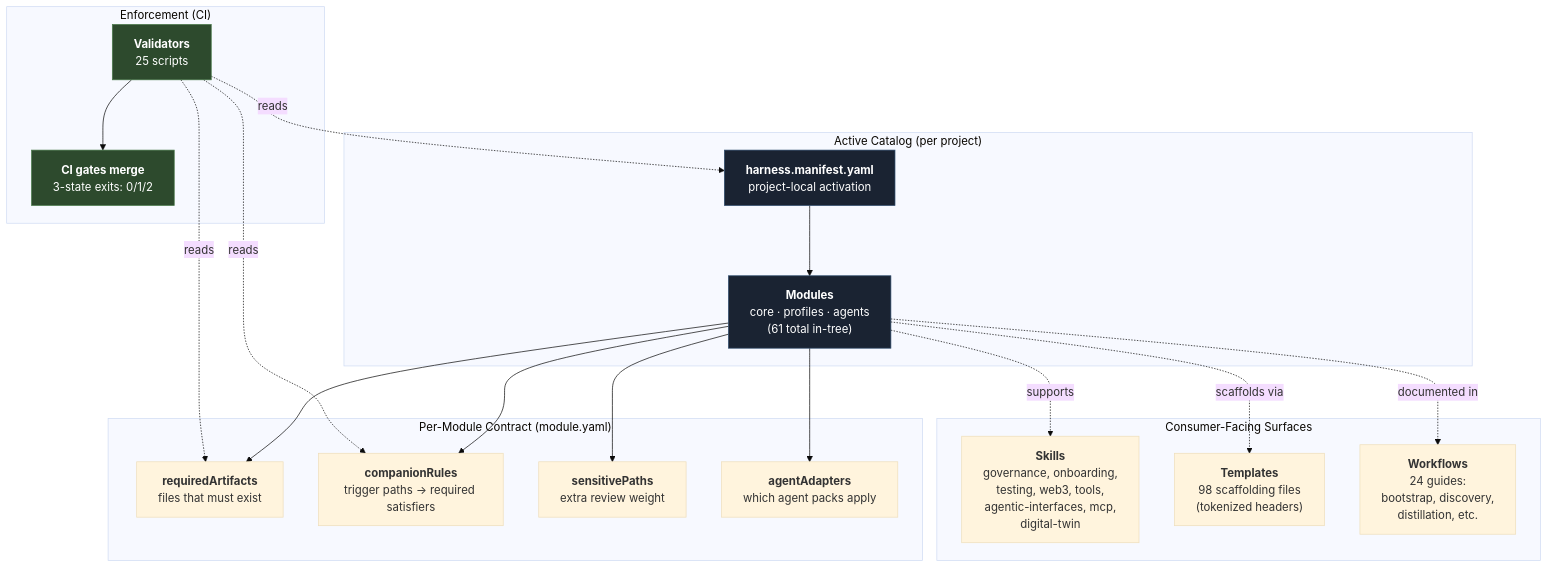
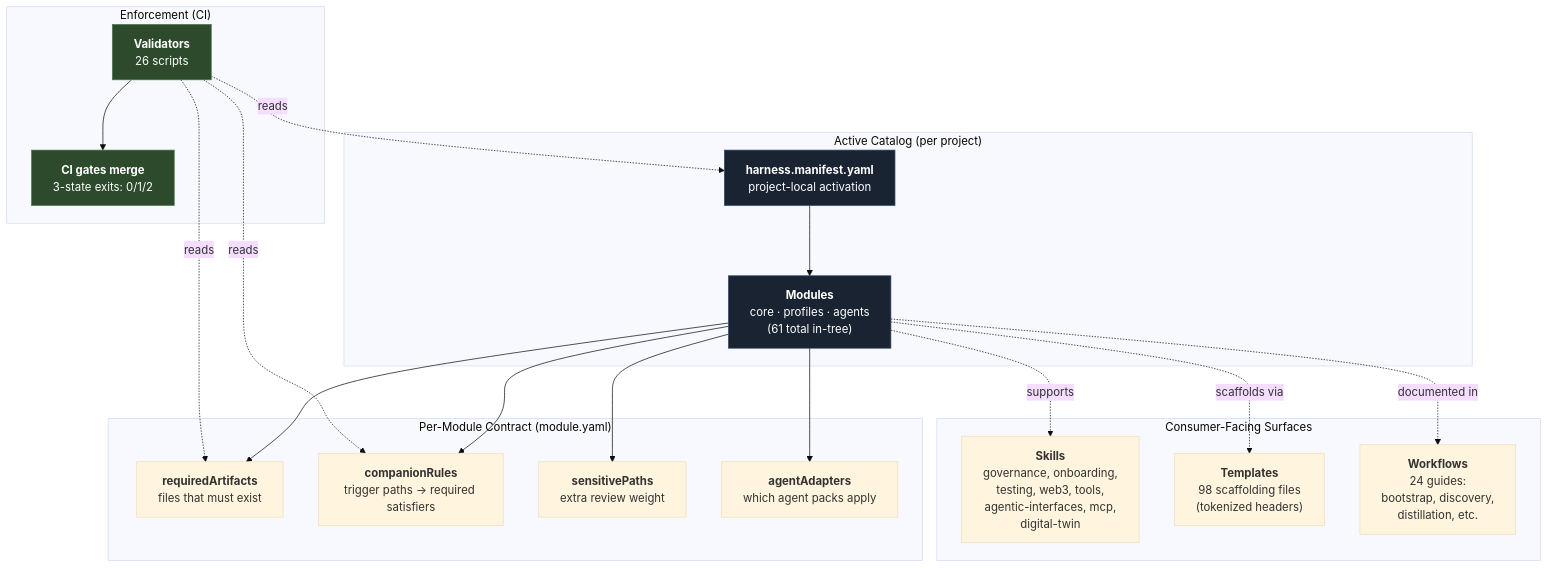
The first of 16 diagrams in docs/architecture/diagrams.md (unclenate/auto-harness), drawn with Mermaid (base theme) before and after one commit. The commit also changed 17 other files, not shown here.

````diff
--- a/docs/architecture/diagrams.md
+++ b/docs/architecture/diagrams.md
@@ -53,38 +53,38 @@
 ```mermaid
 flowchart TD
     Manifest["<b>harness.manifest.yaml</b><br/>project-local activation"]
 
     subgraph CATALOG["Active Catalog (per project)"]
         Manifest --> Modules["<b>Modules</b><br/>core · profiles · agents<br/>(61 total in-tree)"]
     end
 
     subgraph CONTRACT["Per-Module Contract (module.yaml)"]
         Modules --> Required["<b>requiredArtifacts</b><br/>files that must exist"]
         Modules --> Companions["<b>companionRules</b><br/>trigger paths → required satisfiers"]
         Modules --> Sensitive["<b>sensitivePaths</b><br/>extra review weight"]
         Modules --> Adapters["<b>agentAdapters</b><br/>which agent packs apply"]
     end
 
     subgraph ENFORCE["Enforcement (CI)"]
-        Validators["<b>Validators</b><br/>25 scripts"]
+        Validators["<b>Validators</b><br/>26 scripts"]
         Validators -.reads.-> Manifest
         Validators -.reads.-> Required
         Validators -.reads.-> Companions
         Validators --> CIGate["<b>CI gates merge</b><br/>3-state exits: 0/1/2"]
     end
 
     subgraph SURFACE["Consumer-Facing Surfaces"]
         Skills["<b>Skills</b><br/>governance, onboarding,<br/>testing, web3, tools,<br/>agentic-interfaces, mcp,<br/>digital-twin"]
         Templates["<b>Templates</b><br/>98 scaffolding files<br/>(tokenized headers)"]
         Workflows["<b>Workflows</b><br/>24 guides:<br/>bootstrap, discovery,<br/>distillation, etc."]
     end
 
     Modules -.supports.-> Skills
     Modules -.scaffolds via.-> Templates
     Modules -.documented in.-> Workflows
 
     style Manifest fill:#1a2332,stroke:#2c4a6b,color:#fff
     style Modules fill:#1a2332,stroke:#2c4a6b,color:#fff
     style Validators fill:#2d4a2d,stroke:#4a7a4a,color:#fff
     style CIGate fill:#2d4a2d,stroke:#4a7a4a,color:#fff
 ```
````
